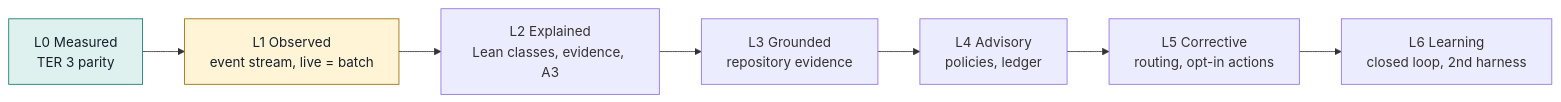
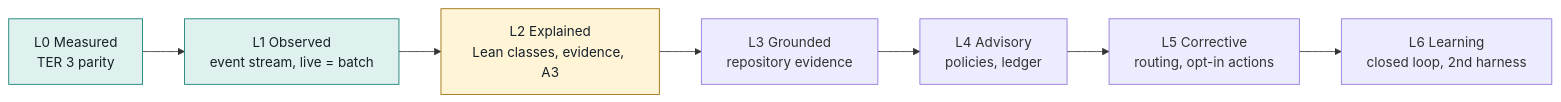
The third of 3 diagrams in docs/ter4/architecture.md (cplegendre/TER), drawn with Mermaid before and after one commit. The commit also changed other lines of this file and 85 other files, not shown here.

````diff
--- a/docs/ter4/architecture.md
+++ b/docs/ter4/architecture.md
@@ -115,11 +117,11 @@
 ```mermaid
 flowchart LR
-    L0["L0 Measured<br/>TER 3 parity"]:::done --> L1["L1 Observed<br/>event stream, live = batch"]:::now
-    L1 --> L2["L2 Explained<br/>Lean classes, evidence, A3"]
+    L0["L0 Measured<br/>TER 3 parity"]:::done --> L1["L1 Observed<br/>event stream, live = batch"]:::done
+    L1 --> L2["L2 Explained<br/>Lean classes, evidence, A3"]:::now
     L2 --> L3["L3 Grounded<br/>repository evidence"]
     L3 --> L4["L4 Advisory<br/>policies, ledger"]
     L4 --> L5["L5 Corrective<br/>routing, opt-in actions"]
     L5 --> L6["L6 Learning<br/>closed loop, 2nd harness"]
     classDef done fill:#dff1ee,stroke:#0d7a6f,color:#16212a
     classDef now fill:#fff4d6,stroke:#9a6b00,color:#16212a
 ```
````
